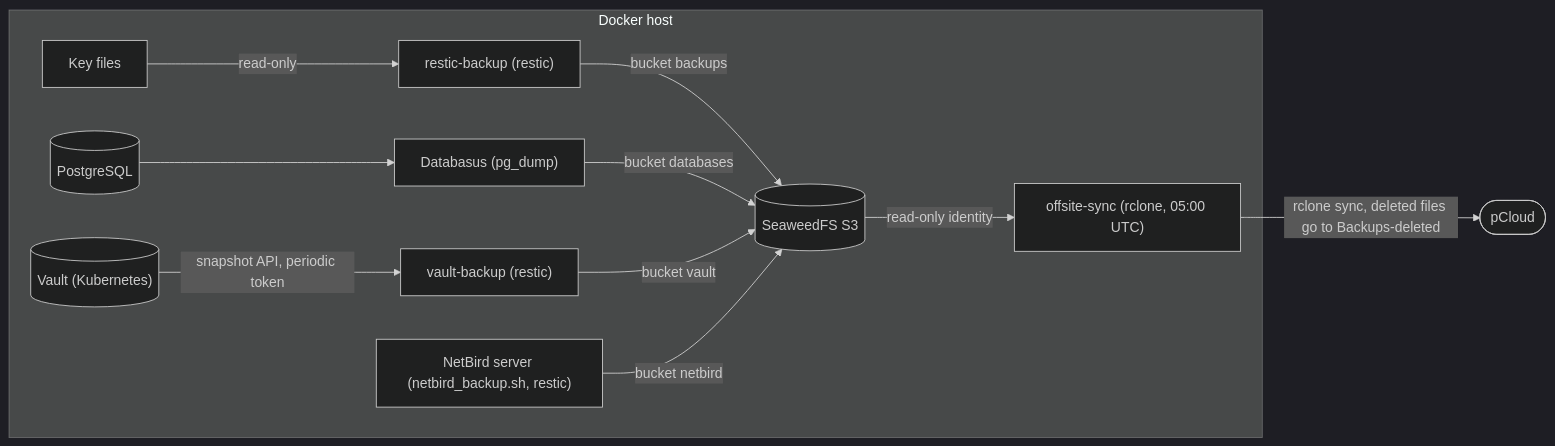
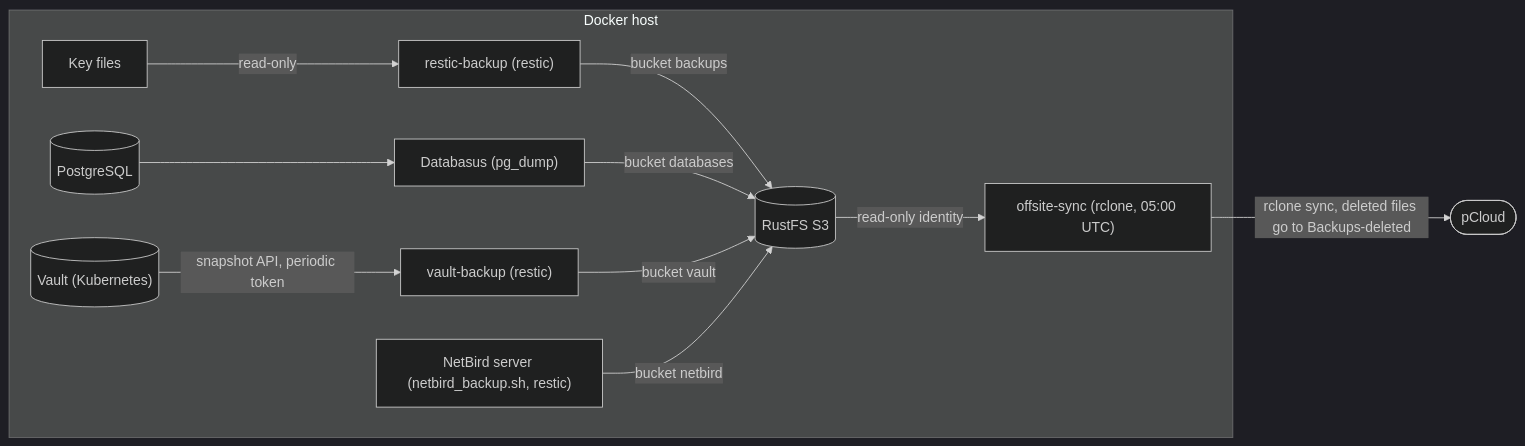
One commit to ToXiCCuss/gitops changed the diagram in README.adoc. Above: the diagram before and after it, drawn with Mermaid (dark theme). The commit also changed other lines of this file and 11 other files, not shown here.

```diff
--- a/README.adoc
+++ b/README.adoc
@@ -539,16 +539,16 @@
 [source,mermaid]
 ----
 flowchart LR
   vault[("Vault (Kubernetes)")]
   subgraph host["Docker host"]
     vault -->|"snapshot API, periodic token"| vaultbackup["vault-backup (restic)"]
     keys["Key files"] -->|read-only| resticbackup["restic-backup (restic)"]
     pg[("PostgreSQL")] --> databasus["Databasus (pg_dump)"]
-    resticbackup -->|bucket backups| s3[("SeaweedFS S3")]
+    resticbackup -->|bucket backups| s3[("RustFS S3")]
     databasus -->|bucket databases| s3
     vaultbackup -->|bucket vault| s3
     netbird["NetBird server (netbird_backup.sh, restic)"] -->|bucket netbird| s3
     s3 -->|read-only identity| sync["offsite-sync (rclone, 05:00 UTC)"]
   end
   sync -->|"rclone sync, deleted files go to Backups-deleted"| pcloud(["pCloud"])
 ----
```
